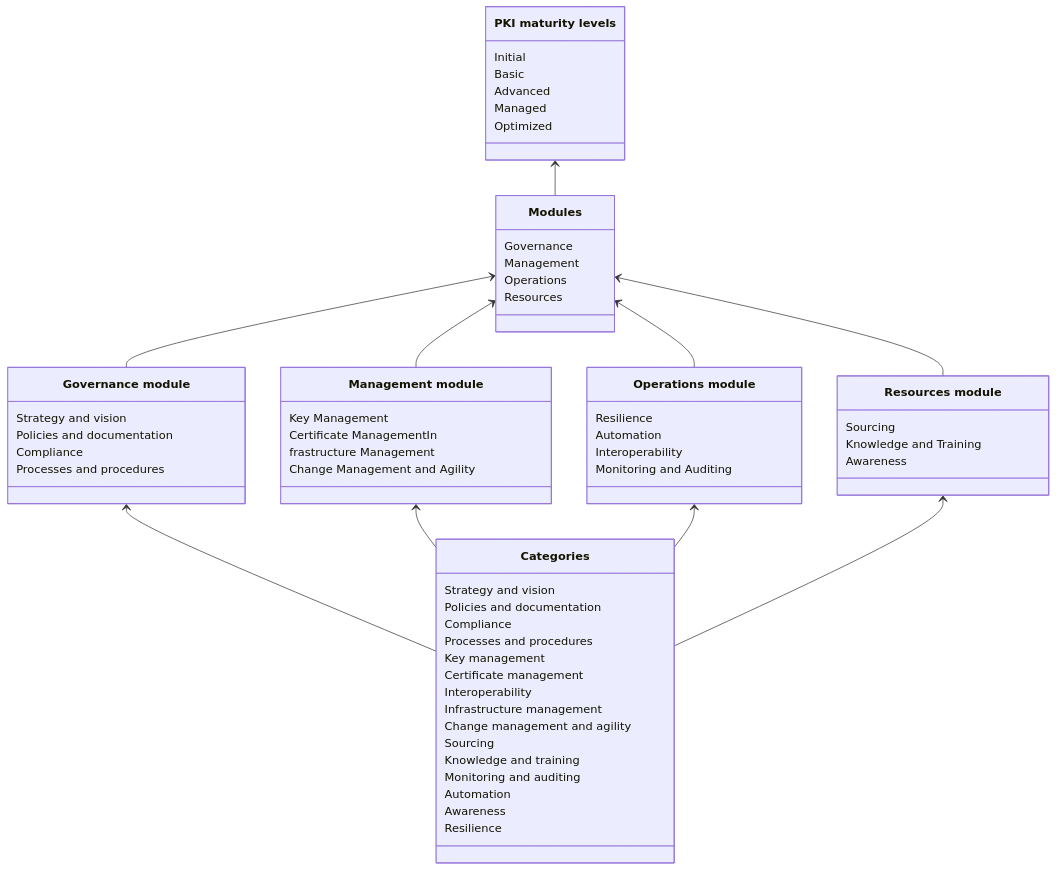
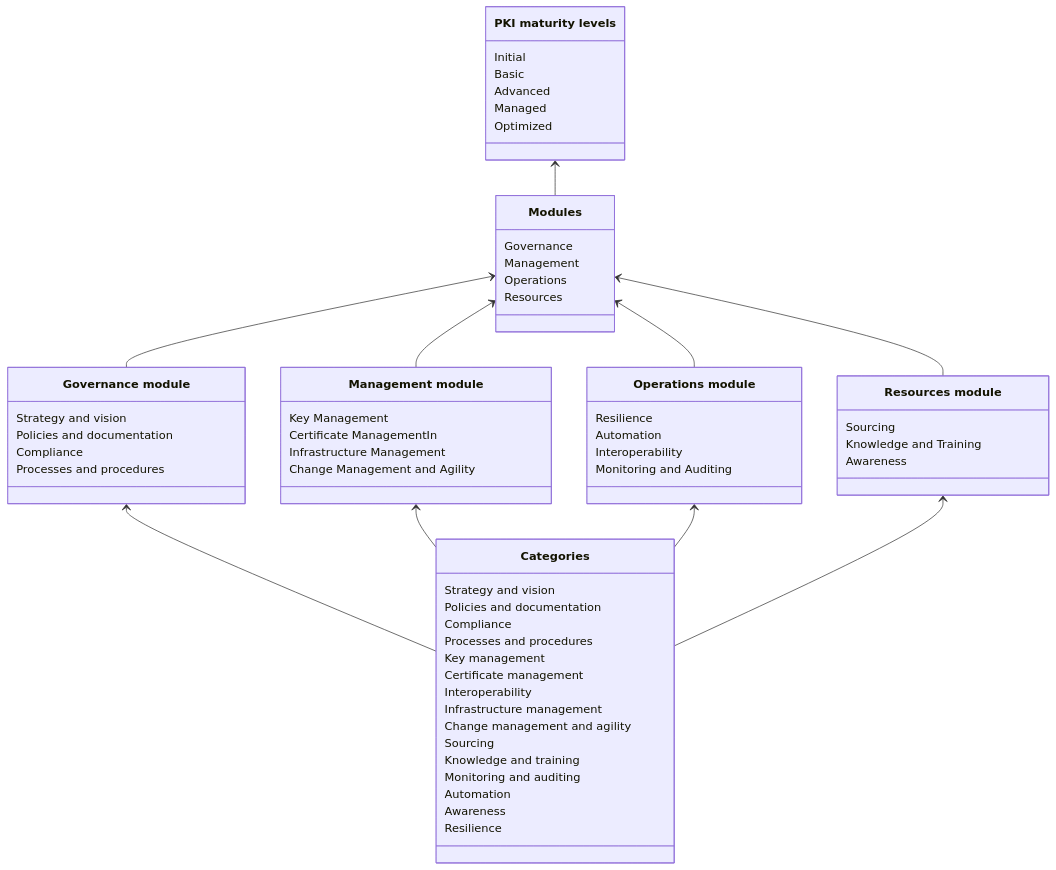
One commit to pkic/pkimm changed the diagram in model/_index.md. Above: the diagram before and after it, drawn with Mermaid. The commit also changed 1 other file, not shown here.

Commit message:
Minor fixes

````diff
--- a/model/_index.md
+++ b/model/_index.md
@@ -46,68 +46,68 @@
 ```mermaid
 classDiagram
     direction TB
     
     class PKIMM["PKI maturity levels"]{
         Initial
         Basic
         Advanced
         Managed
         Optimized
     }
     class Modules["Modules"]{
         Governance
         Management
         Operations
         Resources
     }
     class Governance["Governance module"]{
         Strategy and vision
         Policies and documentation
         Compliance
         Processes and procedures
     }
     class Management["Management module"]{
         Key Management
         Certificate ManagementIn
-        frastructure Management
+        Infrastructure Management
         Change Management and Agility
     }
     class Operations["Operations module"]{
         Resilience
         Automation
         Interoperability
         Monitoring and Auditing
     }
     class Resources["Resources module"]{
         Sourcing
         Knowledge and Training
         Awareness
     }
     class Categories["Categories"]{
         Strategy and vision
         Policies and documentation
         Compliance
         Processes and procedures
         Key management
         Certificate management
         Interoperability
         Infrastructure management
         Change management and agility
         Sourcing
         Knowledge and training
         Monitoring and auditing
         Automation
         Awareness
         Resilience
     }
     
     PKIMM <-- Modules
     Modules <-- Governance
     Modules <-- Management
     Modules <-- Operations
     Modules <-- Resources
     Governance <-- Categories
     Management <-- Categories
     Operations <-- Categories
     Resources <-- Categories
 ```
````
